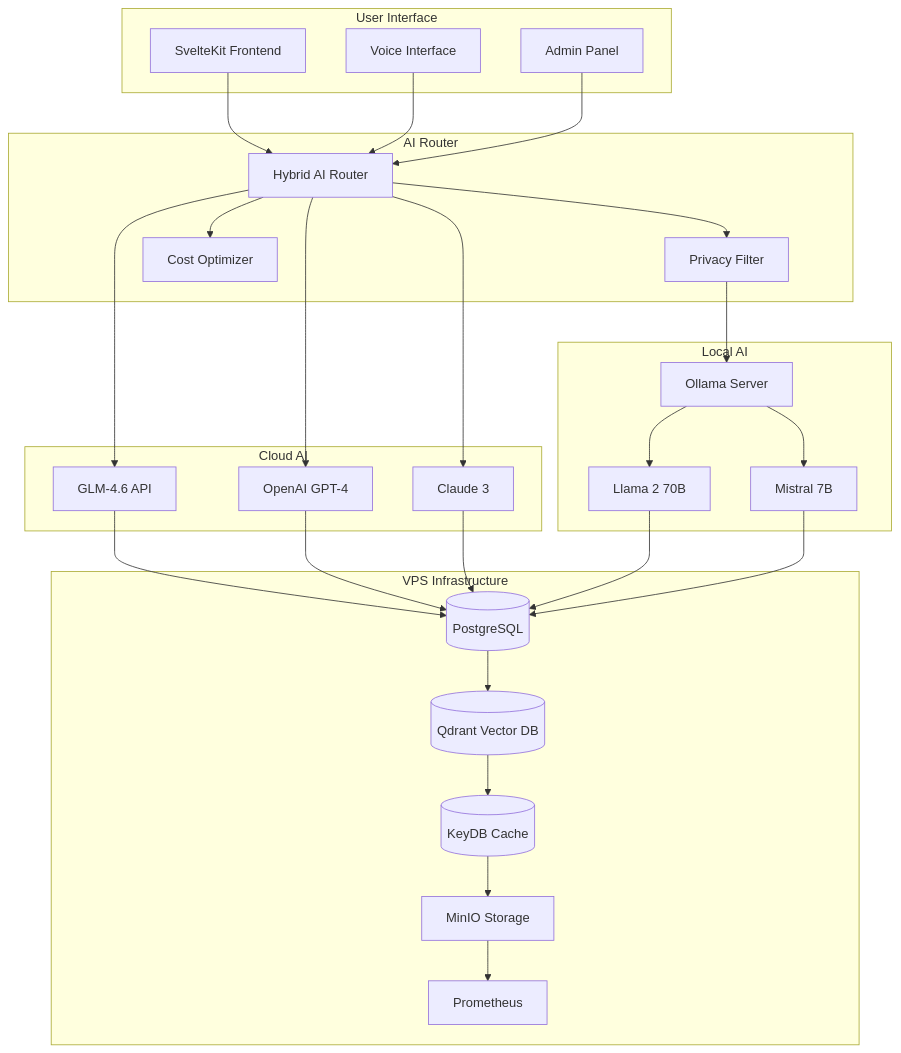
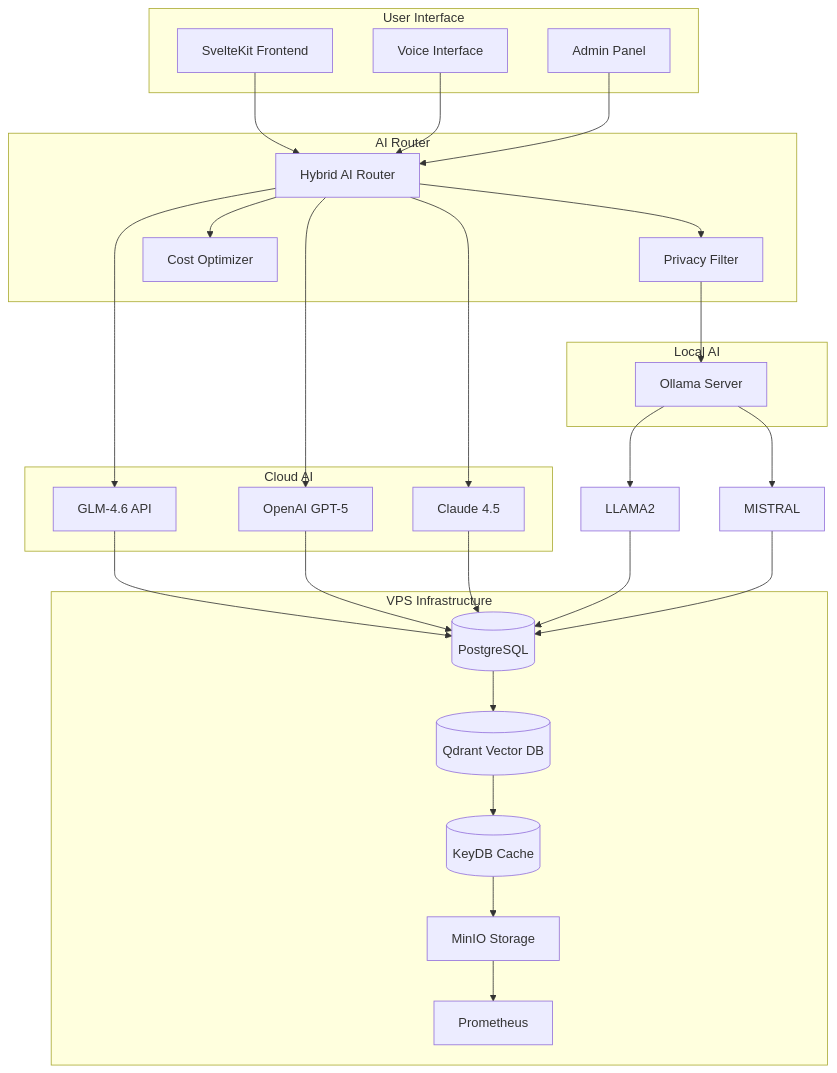
The diagram in README.md (zykhe/PAL-adin), drawn with Mermaid before and after one commit. The commit also changed 1 other file, not shown here.

````diff
--- a/README.md
+++ b/README.md
@@ -137,60 +137,58 @@
 ```mermaid
 graph TB
     subgraph "User Interface"
         WEB[SvelteKit Frontend]
         VOICE[Voice Interface]
         ADMIN[Admin Panel]
     end
     
     subgraph "AI Router"
         ROUTER[Hybrid AI Router]
         PRIVACY[Privacy Filter]
         COST[Cost Optimizer]
     end
     
     subgraph "Cloud AI"
         GLM[GLM-4.6 API]
-        OPENAI[OpenAI GPT-4]
-        ANTHROPIC[Claude 3]
+        OPENAI[OpenAI GPT-5]
+        ANTHROPIC[Claude 4.5]
     end
     
     subgraph "Local AI"
         OLLAMA[Ollama Server]
-        LLAMA2[Llama 2 70B]
-        MISTRAL[Mistral 7B]
     end
     
     subgraph "VPS Infrastructure"
         POSTGRES[(PostgreSQL)]
         QDRANT[(Qdrant Vector DB)]
         REDIS[(KeyDB Cache)]
         MINIO[MinIO Storage]
         PROMETHEUS[Prometheus]
     end
     
     WEB --> ROUTER
     VOICE --> ROUTER
     ADMIN --> ROUTER
     
     ROUTER --> PRIVACY
     ROUTER --> COST
     ROUTER --> GLM
     ROUTER --> OPENAI
     ROUTER --> ANTHROPIC
     
     PRIVACY --> OLLAMA
     
     OLLAMA --> LLAMA2
     OLLAMA --> MISTRAL
     
     GLM --> POSTGRES
     OPENAI --> POSTGRES
     ANTHROPIC --> POSTGRES
     LLAMA2 --> POSTGRES
     MISTRAL --> POSTGRES
     
     POSTGRES --> QDRANT
     QDRANT --> REDIS
     REDIS --> MINIO
     MINIO --> PROMETHEUS
 ```
````
